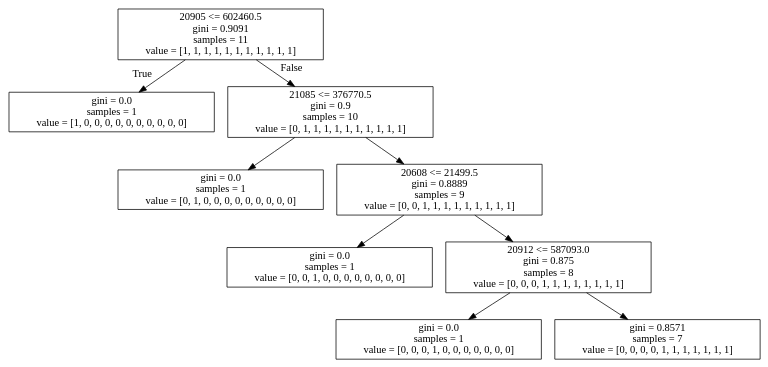
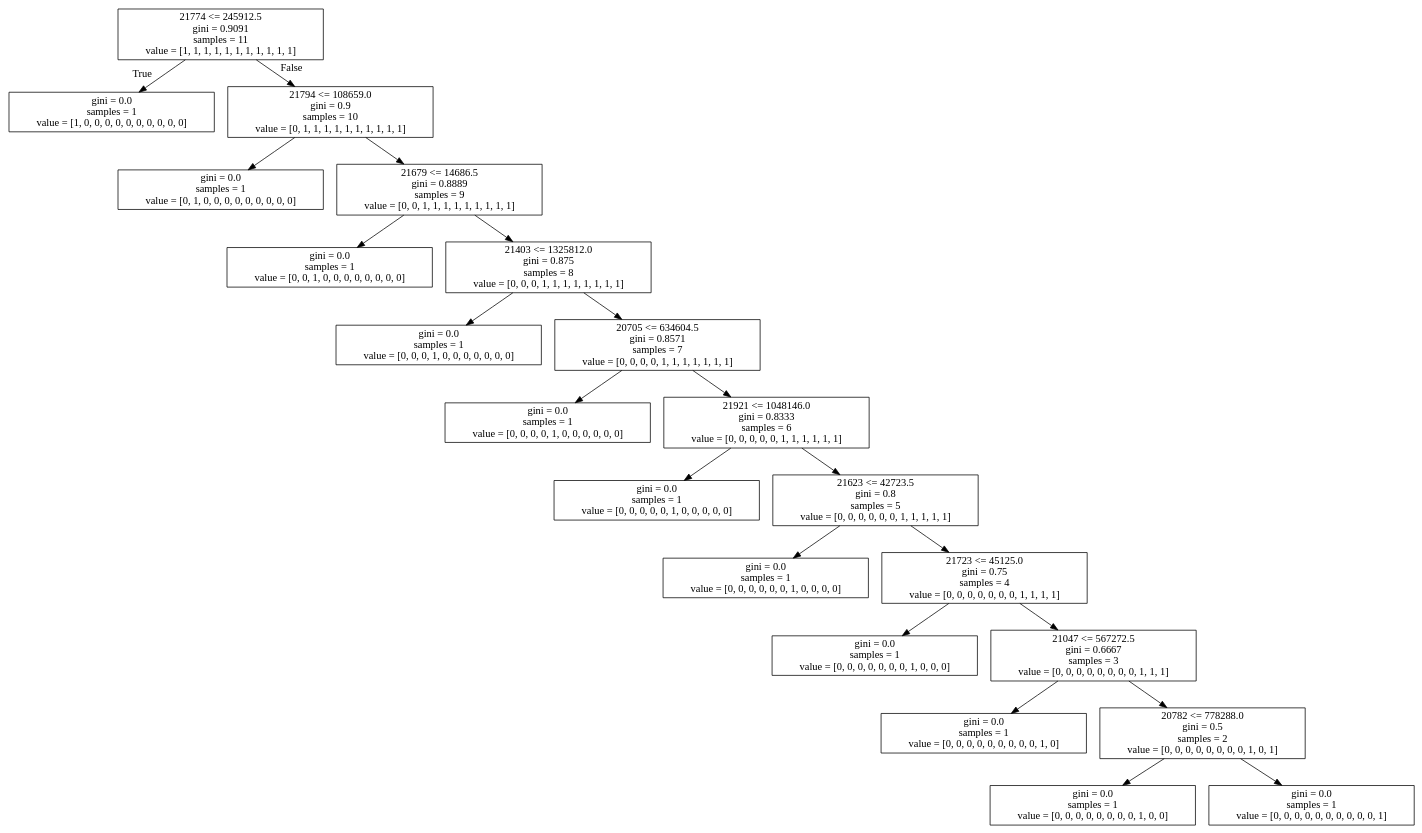
One commit to goldenromeo/AI-MD-Zip-Code-Tax-Returns-Exploration changed the diagram in dt.dot. Above: the diagram before and after it, drawn with Graphviz.

```diff
--- a/dt.dot
+++ b/dt.dot
@@ -1,20 +1,44 @@
 digraph Tree {
 node [shape=box] ;
-0 [label="20905 <= 602460.5\ngini = 0.9091\nsamples = 11\nvalue = [1, 1, 1, 1, 1, 1, 1, 1, 1, 1, 1]"] ;
+0 [label="21774 <= 245912.5\ngini = 0.9091\nsamples = 11\nvalue = [1, 1, 1, 1, 1, 1, 1, 1, 1, 1, 1]"] ;
 1 [label="gini = 0.0\nsamples = 1\nvalue = [1, 0, 0, 0, 0, 0, 0, 0, 0, 0, 0]"] ;
 0 -> 1 [labeldistance=2.5, labelangle=45, headlabel="True"] ;
-2 [label="21085 <= 376770.5\ngini = 0.9\nsamples = 10\nvalue = [0, 1, 1, 1, 1, 1, 1, 1, 1, 1, 1]"] ;
+2 [label="21794 <= 108659.0\ngini = 0.9\nsamples = 10\nvalue = [0, 1, 1, 1, 1, 1, 1, 1, 1, 1, 1]"] ;
 0 -> 2 [labeldistance=2.5, labelangle=-45, headlabel="False"] ;
 3 [label="gini = 0.0\nsamples = 1\nvalue = [0, 1, 0, 0, 0, 0, 0, 0, 0, 0, 0]"] ;
 2 -> 3 ;
-4 [label="20608 <= 21499.5\ngini = 0.8889\nsamples = 9\nvalue = [0, 0, 1, 1, 1, 1, 1, 1, 1, 1, 1]"] ;
+4 [label="21679 <= 14686.5\ngini = 0.8889\nsamples = 9\nvalue = [0, 0, 1, 1, 1, 1, 1, 1, 1, 1, 1]"] ;
 2 -> 4 ;
 5 [label="gini = 0.0\nsamples = 1\nvalue = [0, 0, 1, 0, 0, 0, 0, 0, 0, 0, 0]"] ;
 4 -> 5 ;
-6 [label="20912 <= 587093.0\ngini = 0.875\nsamples = 8\nvalue = [0, 0, 0, 1, 1, 1, 1, 1, 1, 1, 1]"] ;
+6 [label="21403 <= 1325812.0\ngini = 0.875\nsamples = 8\nvalue = [0, 0, 0, 1, 1, 1, 1, 1, 1, 1, 1]"] ;
 4 -> 6 ;
 7 [label="gini = 0.0\nsamples = 1\nvalue = [0, 0, 0, 1, 0, 0, 0, 0, 0, 0, 0]"] ;
 6 -> 7 ;
-8 [label="gini = 0.8571\nsamples = 7\nvalue = [0, 0, 0, 0, 1, 1, 1, 1, 1, 1, 1]"] ;
+8 [label="20705 <= 634604.5\ngini = 0.8571\nsamples = 7\nvalue = [0, 0, 0, 0, 1, 1, 1, 1, 1, 1, 1]"] ;
 6 -> 8 ;
+9 [label="gini = 0.0\nsamples = 1\nvalue = [0, 0, 0, 0, 1, 0, 0, 0, 0, 0, 0]"] ;
+8 -> 9 ;
+10 [label="21921 <= 1048146.0\ngini = 0.8333\nsamples = 6\nvalue = [0, 0, 0, 0, 0, 1, 1, 1, 1, 1, 1]"] ;
+8 -> 10 ;
+11 [label="gini = 0.0\nsamples = 1\nvalue = [0, 0, 0, 0, 0, 1, 0, 0, 0, 0, 0]"] ;
+10 -> 11 ;
+12 [label="21623 <= 42723.5\ngini = 0.8\nsamples = 5\nvalue = [0, 0, 0, 0, 0, 0, 1, 1, 1, 1, 1]"] ;
+10 -> 12 ;
+13 [label="gini = 0.0\nsamples = 1\nvalue = [0, 0, 0, 0, 0, 0, 1, 0, 0, 0, 0]"] ;
+12 -> 13 ;
+14 [label="21723 <= 45125.0\ngini = 0.75\nsamples = 4\nvalue = [0, 0, 0, 0, 0, 0, 0, 1, 1, 1, 1]"] ;
+12 -> 14 ;
+15 [label="gini = 0.0\nsamples = 1\nvalue = [0, 0, 0, 0, 0, 0, 0, 1, 0, 0, 0]"] ;
+14 -> 15 ;
+16 [label="21047 <= 567272.5\ngini = 0.6667\nsamples = 3\nvalue = [0, 0, 0, 0, 0, 0, 0, 0, 1, 1, 1]"] ;
+14 -> 16 ;
+17 [label="gini = 0.0\nsamples = 1\nvalue = [0, 0, 0, 0, 0, 0, 0, 0, 0, 1, 0]"] ;
+16 -> 17 ;
+18 [label="20782 <= 778288.0\ngini = 0.5\nsamples = 2\nvalue = [0, 0, 0, 0, 0, 0, 0, 0, 1, 0, 1]"] ;
+16 -> 18 ;
+19 [label="gini = 0.0\nsamples = 1\nvalue = [0, 0, 0, 0, 0, 0, 0, 0, 1, 0, 0]"] ;
+18 -> 19 ;
+20 [label="gini = 0.0\nsamples = 1\nvalue = [0, 0, 0, 0, 0, 0, 0, 0, 0, 0, 1]"] ;
+18 -> 20 ;
 }
```
